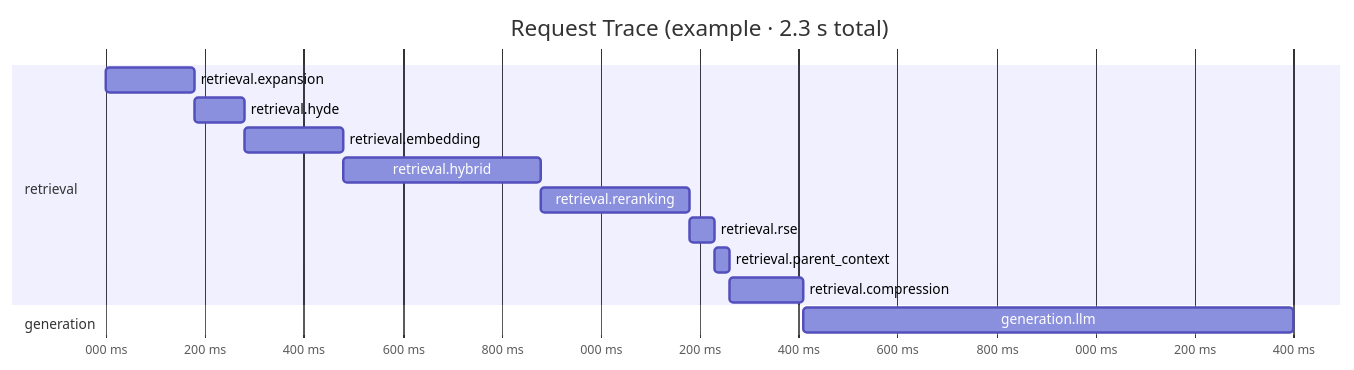
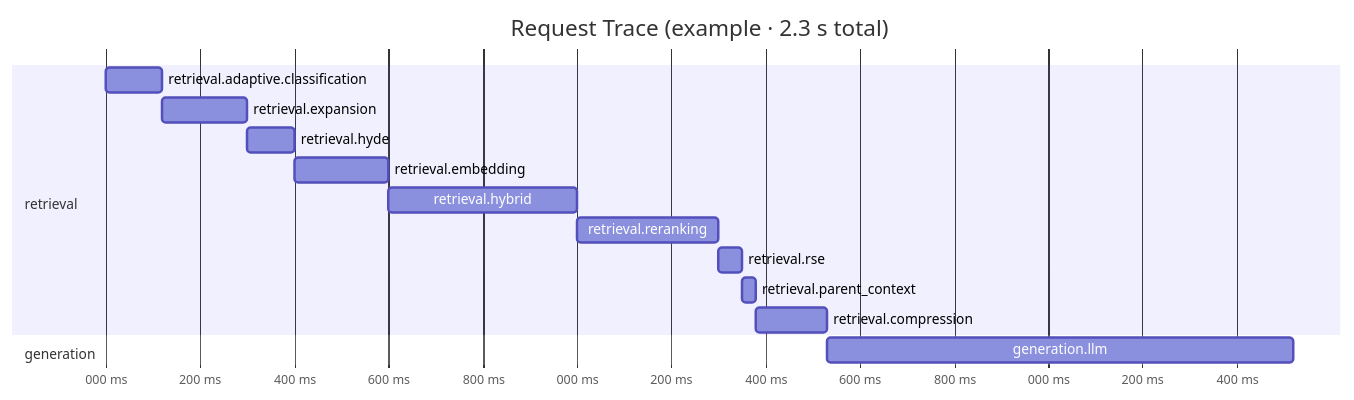
One commit to ealbertoav/rag_platform changed the ninth of 10 diagrams in README.md. Above: the diagram before and after it, drawn with Mermaid. The commit also changed other lines of this file and 16 other files, not shown here.

First line of the commit message:
feat: add adaptive query classification and thread-safe BM25 writes

````diff
--- a/README.md
+++ b/README.md
@@ -1391,19 +1424,20 @@
 ```mermaid
 gantt
     title Request Trace (example · 2.3 s total)
     dateFormat  x
     axisFormat  %L ms
 
     section retrieval
-    retrieval.expansion    :0, 180
-    retrieval.hyde         :180, 280
-    retrieval.embedding    :280, 480
-    retrieval.hybrid       :480, 880
-    retrieval.reranking    :880, 1180
-    retrieval.rse          :1180, 1230
-    retrieval.parent_context :1230, 1260
-    retrieval.compression  :1260, 1410
+    retrieval.adaptive.classification :0, 120
+    retrieval.expansion    :120, 300
+    retrieval.hyde         :300, 400
+    retrieval.embedding    :400, 600
+    retrieval.hybrid       :600, 1000
+    retrieval.reranking    :1000, 1300
+    retrieval.rse          :1300, 1350
+    retrieval.parent_context :1350, 1380
+    retrieval.compression  :1380, 1530
 
     section generation
-    generation.llm         :1410, 2400
+    generation.llm         :1530, 2520
 ```
````
